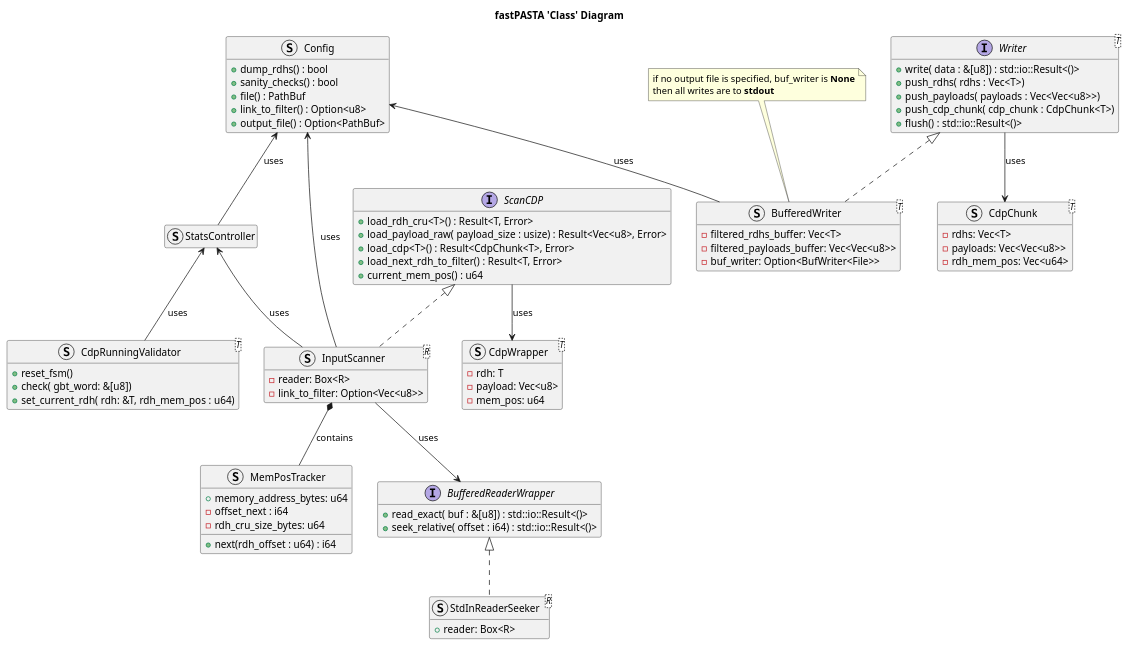
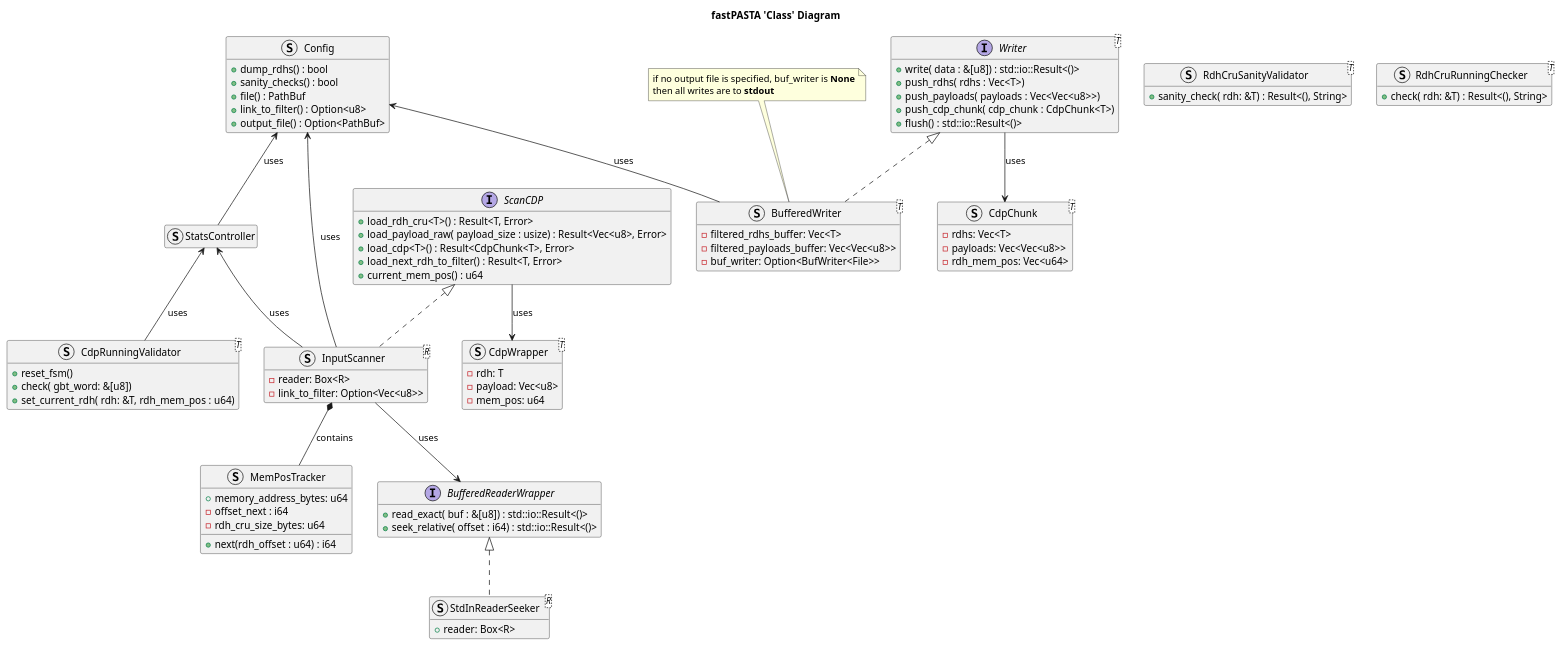
One commit to CramBL/fastPASTA changed the diagram in doc/fastPASTA_structural.puml. Above: the diagram before and after it, drawn with PlantUML.

Commit message:
add RDH validators to structural diagram

```diff
--- a/doc/fastPASTA_structural.puml
+++ b/doc/fastPASTA_structural.puml
@@ -1,99 +1,105 @@
 @startuml
 Title **fastPASTA 'Class' Diagram**
 
 hide empty members
 hide empty methods
 
 struct StatsController {
 }
 
 ' Data wrapper
 struct CdpChunk<T> {
     - rdhs: Vec<T>
     - payloads: Vec<Vec<u8>>
     - rdh_mem_pos: Vec<u64>
 }
 
 ' Output module
 interface Writer<T> {
     + write( data : &[u8]) : std::io::Result<()>
     + push_rdhs( rdhs : Vec<T>)
     + push_payloads( payloads : Vec<Vec<u8>>)
     + push_cdp_chunk( cdp_chunk : CdpChunk<T>)
     + flush() : std::io::Result<()>
 }
 struct BufferedWriter<T> implements Writer
 {
     - filtered_rdhs_buffer: Vec<T>
     - filtered_payloads_buffer: Vec<Vec<u8>>
     - buf_writer: Option<BufWriter<File>>
 }
 Writer --> CdpChunk : uses
 note top of BufferedWriter : if no output file is specified, buf_writer is **None**\nthen all writes are to **stdout**
 
 
 ' Input module
 interface ScanCDP {
     + load_rdh_cru<T>() : Result<T, Error>
     + load_payload_raw( payload_size : usize) : Result<Vec<u8>, Error>
     + load_cdp<T>() : Result<CdpChunk<T>, Error>
     + load_next_rdh_to_filter() : Result<T, Error>
     + current_mem_pos() : u64
 }
 struct CdpWrapper<T> {
     - rdh: T
     - payload: Vec<u8>
     - mem_pos: u64
 }
 ScanCDP --> CdpWrapper : uses
 
 struct InputScanner<R> implements ScanCDP {
     - reader: Box<R>
     - link_to_filter: Option<Vec<u8>>
 }
 
 struct MemPosTracker {
     + memory_address_bytes: u64
     - offset_next : i64
     - rdh_cru_size_bytes: u64
     + next(rdh_offset : u64) : i64
 }
 InputScanner *-- MemPosTracker : contains
 
 interface BufferedReaderWrapper {
     + read_exact( buf : &[u8]) : std::io::Result<()>
     + seek_relative( offset : i64) : std::io::Result<()>
 }
 
 struct StdInReaderSeeker<R> implements BufferedReaderWrapper {
     + reader: Box<R>
 }
 
 InputScanner --> BufferedReaderWrapper : uses
 
 struct CdpRunningValidator<T> {
     + reset_fsm()
     + check( gbt_word: &[u8])
     + set_current_rdh( rdh: &T, rdh_mem_pos : u64)
 }
 CdpRunningValidator -up-> StatsController : uses
 
+struct RdhCruSanityValidator<T> {
+    + sanity_check( rdh: &T) : Result<(), String>
+}
 
+struct RdhCruRunningChecker<T> {
+    + check( rdh: &T) : Result<(), String>
+}
 
 
 struct Config {
     + dump_rdhs() : bool
     + sanity_checks() : bool
     + file() : PathBuf
     + link_to_filter() : Option<u8>
     + output_file() : Option<PathBuf>
 }
 
 
 InputScanner -up-> StatsController : uses
 StatsController -up-> Config : uses
 BufferedWriter -up-> Config : uses
 InputScanner -up-> Config : uses
 
 
 @enduml
```
